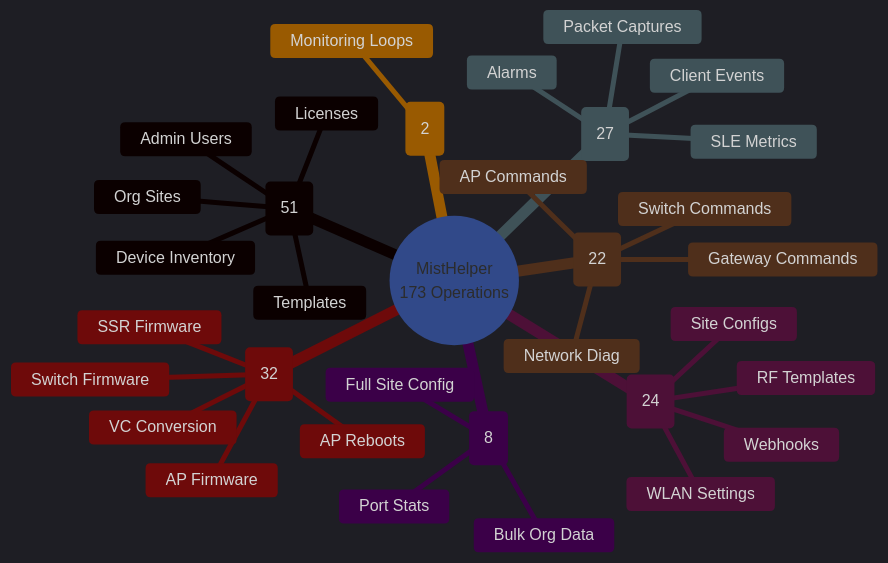
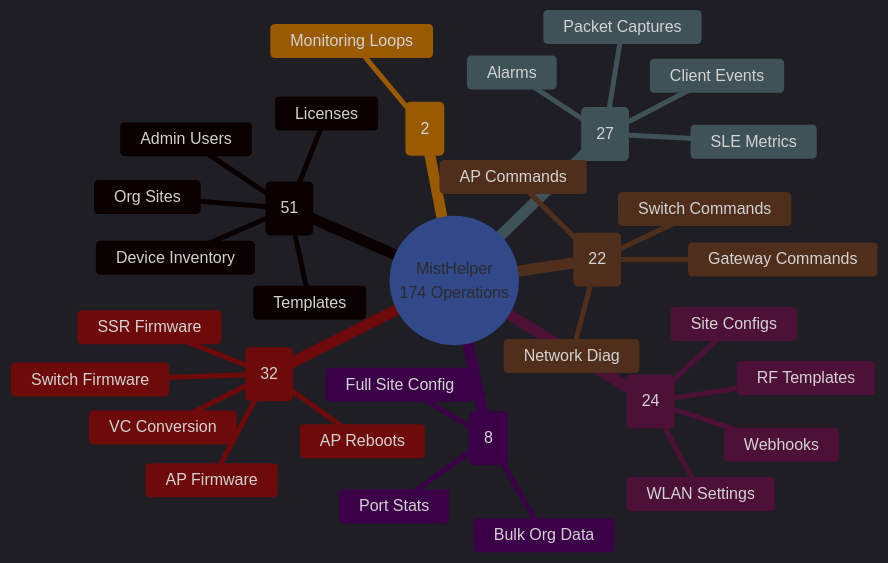
One commit to jmorrison-juniper/MistHelper changed the second of 2 diagrams in README.md. Above: the diagram before and after it, drawn with Mermaid. The commit also changed other lines of this file and 2 other files, not shown here.

Commit message:
feat(export): add SitesByAPModelExporter menu item 173
Prompts user to select an AP model from models present in the org,
then exports a CSV listing every site containing that model's APs
with site name, address, city, state, country, AP count, and MACs.
Parallelisation via mistapi paginated fetch engine.

Closes #286

````diff
--- a/README.md
+++ b/README.md
@@ -96,47 +96,47 @@
 ```mermaid
 %%{init: {'theme': 'dark', 'themeVariables': {
   'primaryColor': '#E20074',
   'primaryTextColor': '#E0E0E0',
   'primaryBorderColor': '#99004D',
   'lineColor': '#FF4DA6',
   'secondaryColor': '#16213E',
   'tertiaryColor': '#1A1A2E',
   'fontFamily': 'ui-monospace, monospace'
 }}}%%
 mindmap
-  root((MistHelper<br/>173 Operations))
+  root((MistHelper<br/>174 Operations))
     Safe (51)
       Org Sites
       Device Inventory
       Licenses
       Templates
       Admin Users
     Interactive Safe (24)
       Site Configs
       WLAN Settings
       RF Templates
       Webhooks
     Interactive (27)
       Packet Captures
       SLE Metrics
       Client Events
       Alarms
     WebSocket (22)
       AP Commands
       Switch Commands
       Gateway Commands
       Network Diag
     Destructive (32)
       ::icon(fa fa-warning)
       AP Firmware
       Switch Firmware
       SSR Firmware
       AP Reboots
       VC Conversion
     Resource Intensive (8)
       Port Stats
       Full Site Config
       Bulk Org Data
     Continuous (2)
       Monitoring Loops
 ```
````
